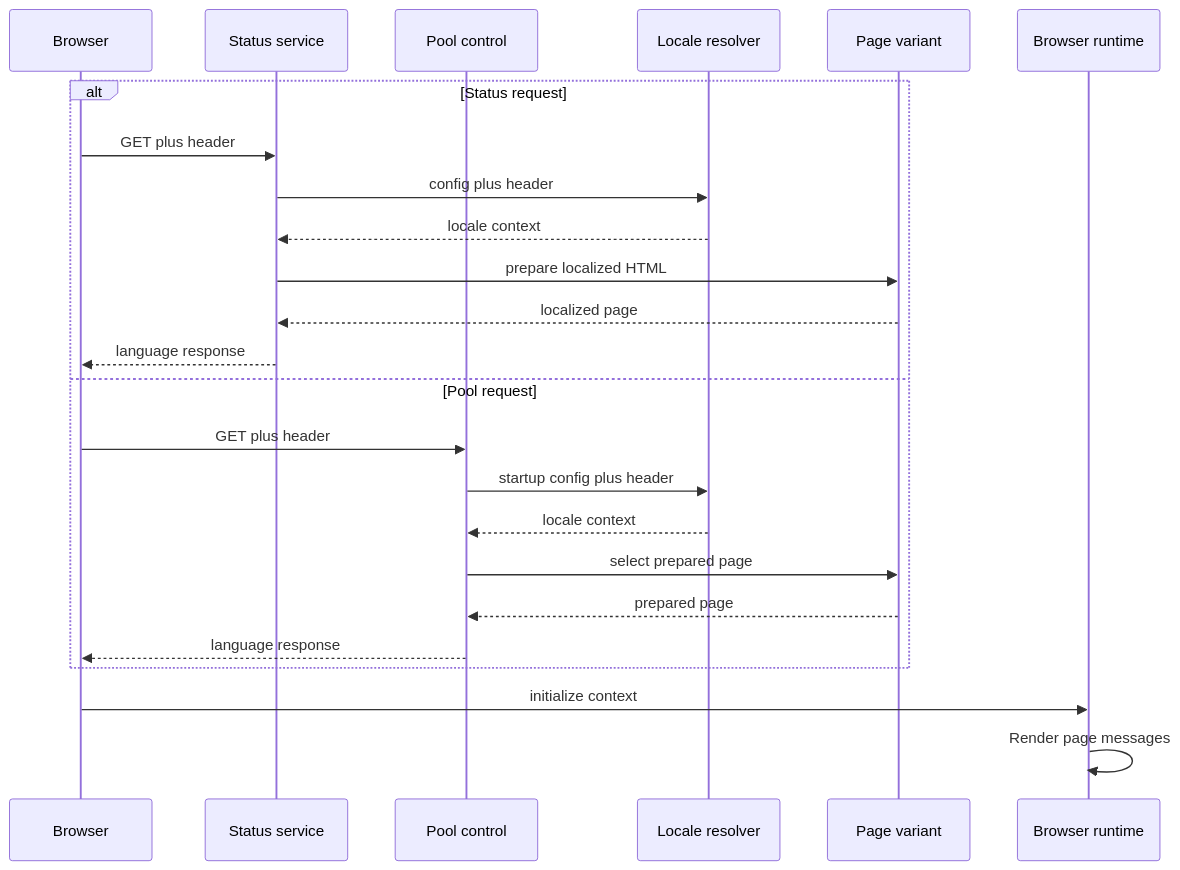
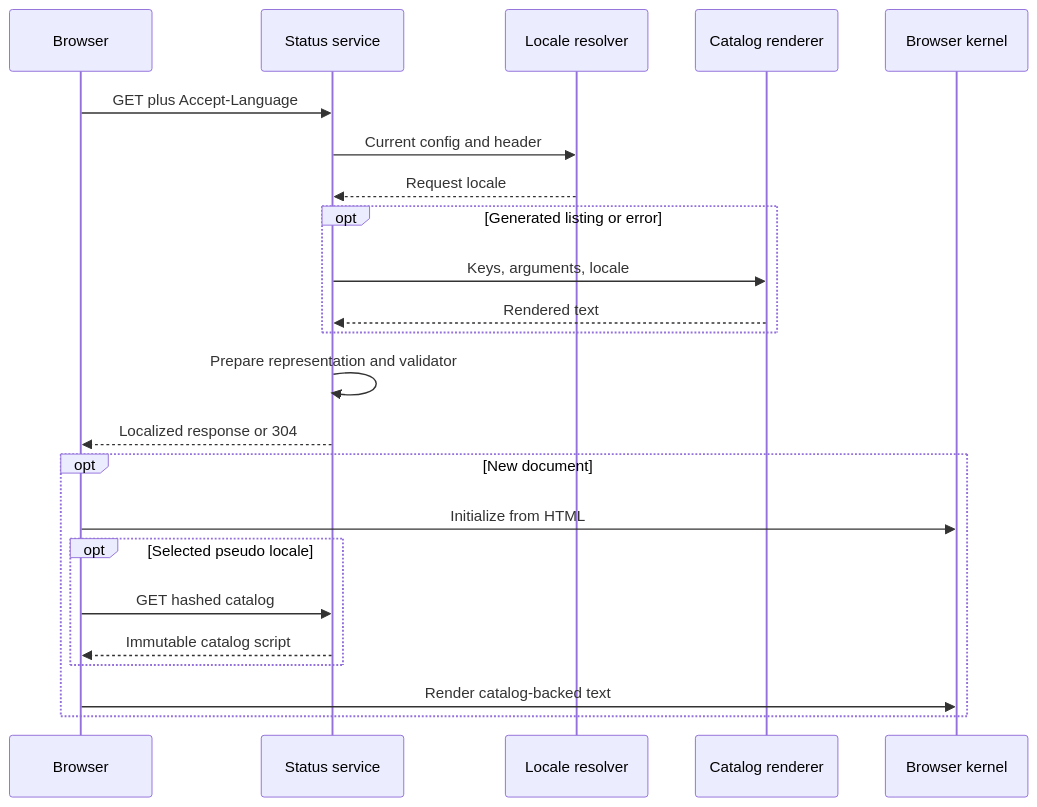
One commit to alissonsol/yuruna changed the third of 5 diagrams in docs/design/07-globalization.md. Above: the diagram before and after it, drawn with Mermaid. The commit also changed other lines of this file and 763 other files, not shown here.

````diff
--- a/docs/design/07-globalization.md
+++ b/docs/design/07-globalization.md
@@ -83,26 +67,25 @@
 ```mermaid
 sequenceDiagram
     participant browser as Browser
-    participant status-service as Status service
-    participant pool-control as Pool control
-    participant locale-resolver as Locale resolver
-    participant page-variant as Page variant
-    participant browser-runtime as Browser runtime
-    alt Status request
-        browser->>status-service: GET plus header
-        status-service->>locale-resolver: config plus header
-        locale-resolver-->>status-service: locale context
-        status-service->>page-variant: prepare localized HTML
-        page-variant-->>status-service: localized page
-        status-service-->>browser: language response
-    else Pool request
-        browser->>pool-control: GET plus header
-        pool-control->>locale-resolver: startup config plus header
-        locale-resolver-->>pool-control: locale context
-        pool-control->>page-variant: select prepared page
-        page-variant-->>pool-control: prepared page
-        pool-control-->>browser: language response
+    participant start-status-service-ps1 as Status service
+    participant test-locale-psm1 as Locale resolver
+    participant test-catalog-psm1 as Catalog renderer
+    participant yuruna-i18n-js as Browser kernel
+    browser->>start-status-service-ps1: GET plus Accept-Language
+    start-status-service-ps1->>test-locale-psm1: Current config and header
+    test-locale-psm1-->>start-status-service-ps1: Request locale
+    opt Generated listing or error
+        start-status-service-ps1->>test-catalog-psm1: Keys, arguments, locale
+        test-catalog-psm1-->>start-status-service-ps1: Rendered text
     end
-    browser->>browser-runtime: initialize context
-    browser-runtime->>browser-runtime: Render page messages
+    start-status-service-ps1->>start-status-service-ps1: Prepare representation and validator
+    start-status-service-ps1-->>browser: Localized response or 304
+    opt New document
+        browser->>yuruna-i18n-js: Initialize from HTML
+        opt Selected pseudo locale
+            browser->>start-status-service-ps1: GET hashed catalog
+            start-status-service-ps1-->>browser: Immutable catalog script
+        end
+        browser->>yuruna-i18n-js: Render catalog-backed text
+    end
 ```
````
